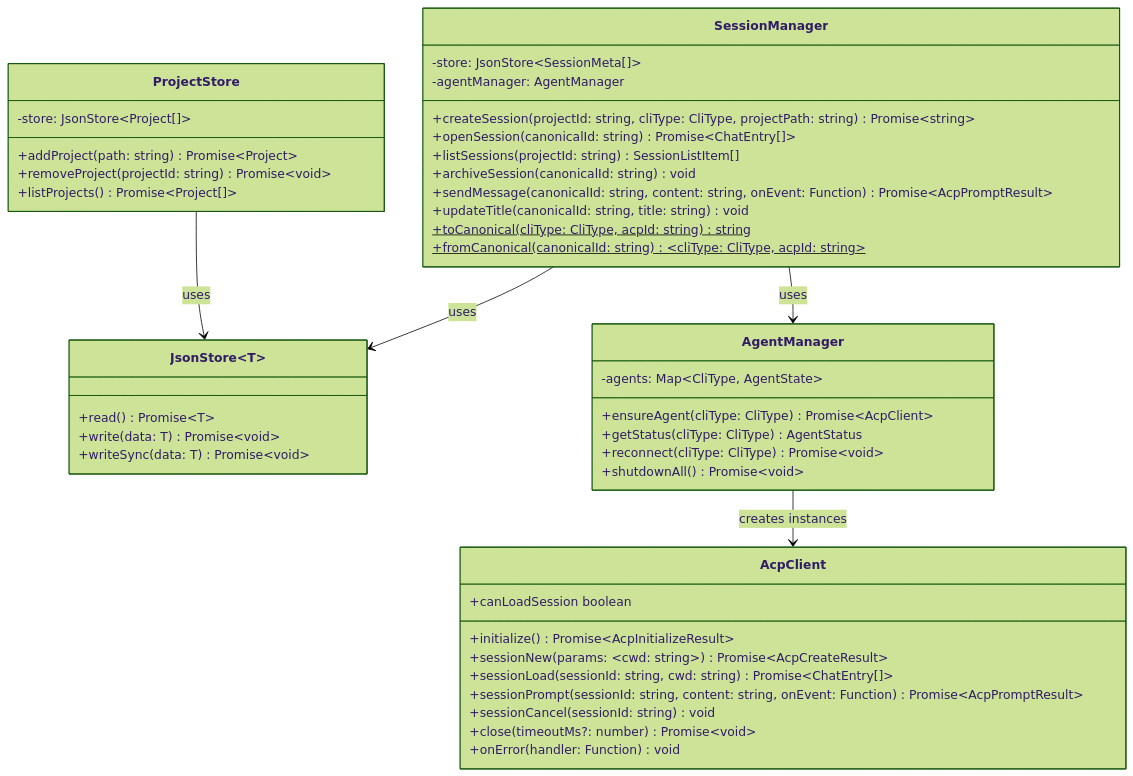
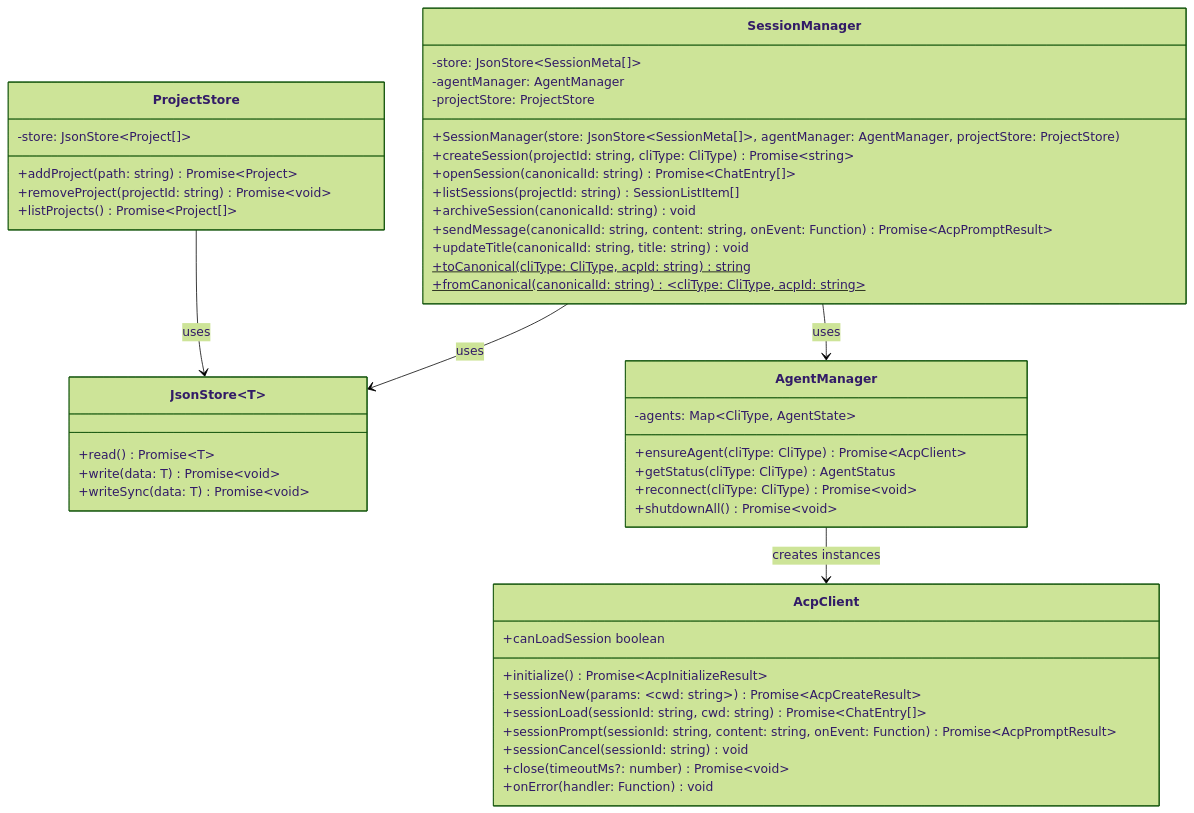
One commit to liminal-ai/liminal-builder changed diagram 12 of 13 in docs/tech-design-mvp.md. Above: the diagram before and after it, drawn with Mermaid (forest theme). The commit also changed other lines of this file and 88 other files, not shown here.

````diff
--- a/docs/tech-design-mvp.md
+++ b/docs/tech-design-mvp.md
@@ -1318,52 +1318,54 @@
 ```mermaid
 classDiagram
     class JsonStore~T~ {
         +read() Promise~T~
         +write(data: T) Promise~void~
         +writeSync(data: T) Promise~void~
     }
 
     class ProjectStore {
         -store: JsonStore~Project[]~
         +addProject(path: string) Promise~Project~
         +removeProject(projectId: string) Promise~void~
         +listProjects() Promise~Project[]~
     }
 
     class SessionManager {
         -store: JsonStore~SessionMeta[]~
         -agentManager: AgentManager
-        +createSession(projectId: string, cliType: CliType, projectPath: string) Promise~string~
+        -projectStore: ProjectStore
+        +SessionManager(store: JsonStore~SessionMeta[]~, agentManager: AgentManager, projectStore: ProjectStore)
+        +createSession(projectId: string, cliType: CliType) Promise~string~
         +openSession(canonicalId: string) Promise~ChatEntry[]~
         +listSessions(projectId: string) SessionListItem[]
         +archiveSession(canonicalId: string) void
         +sendMessage(canonicalId: string, content: string, onEvent: Function) Promise~AcpPromptResult~
         +updateTitle(canonicalId: string, title: string) void
         +toCanonical(cliType: CliType, acpId: string)$ string
         +fromCanonical(canonicalId: string)$ ~cliType: CliType, acpId: string~
     }
 
     class AgentManager {
         -agents: Map~CliType, AgentState~
         +ensureAgent(cliType: CliType) Promise~AcpClient~
         +getStatus(cliType: CliType) AgentStatus
         +reconnect(cliType: CliType) Promise~void~
         +shutdownAll() Promise~void~
     }
 
     class AcpClient {
         +initialize() Promise~AcpInitializeResult~
         +sessionNew(params: ~cwd: string~) Promise~AcpCreateResult~
         +sessionLoad(sessionId: string, cwd: string) Promise~ChatEntry[]~
         +sessionPrompt(sessionId: string, content: string, onEvent: Function) Promise~AcpPromptResult~
         +sessionCancel(sessionId: string) void
         +close(timeoutMs?: number) Promise~void~
         +onError(handler: Function) void
         +canLoadSession boolean
     }
 
     ProjectStore --> JsonStore : uses
     SessionManager --> JsonStore : uses
     SessionManager --> AgentManager : uses
     AgentManager --> AcpClient : creates instances
 ```
````
